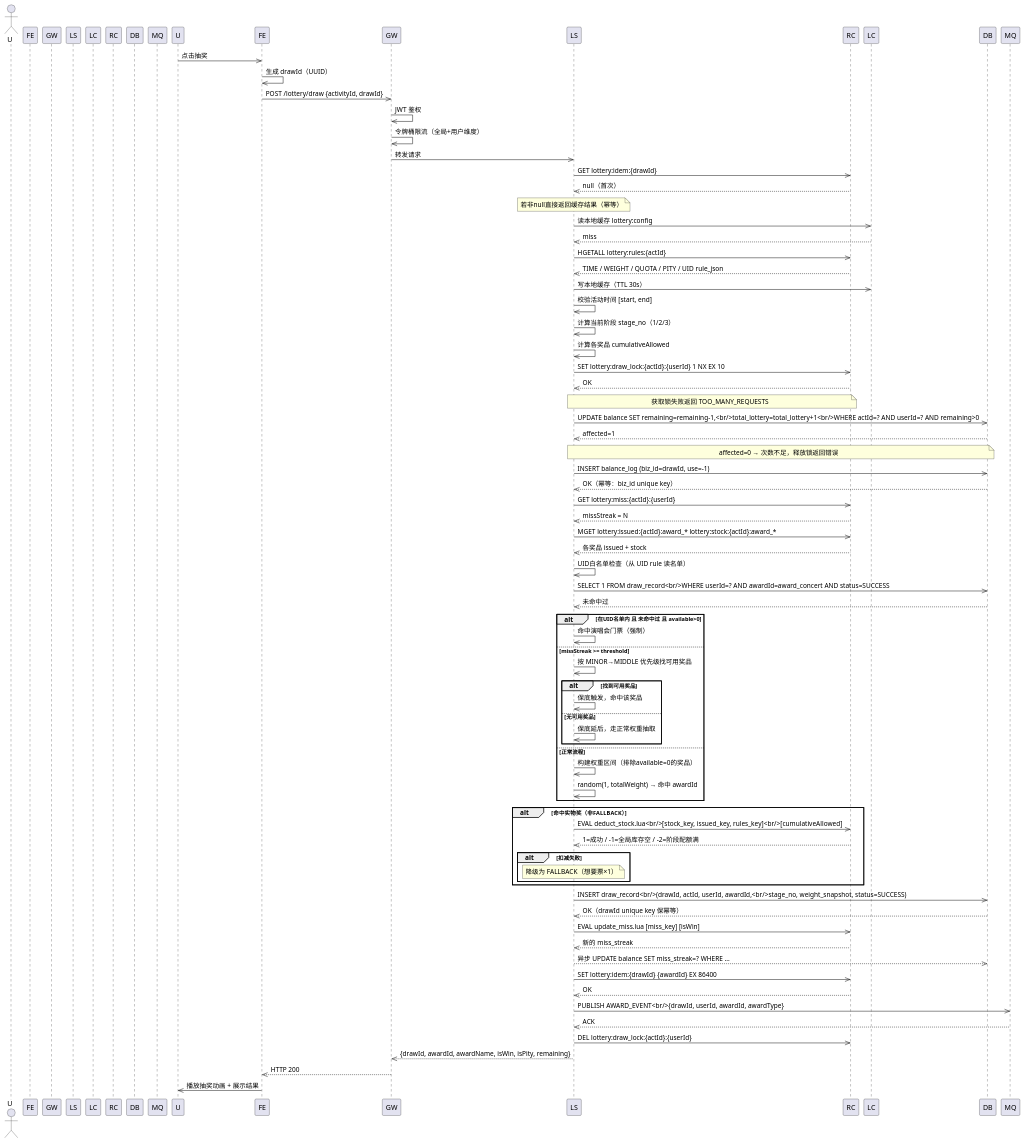
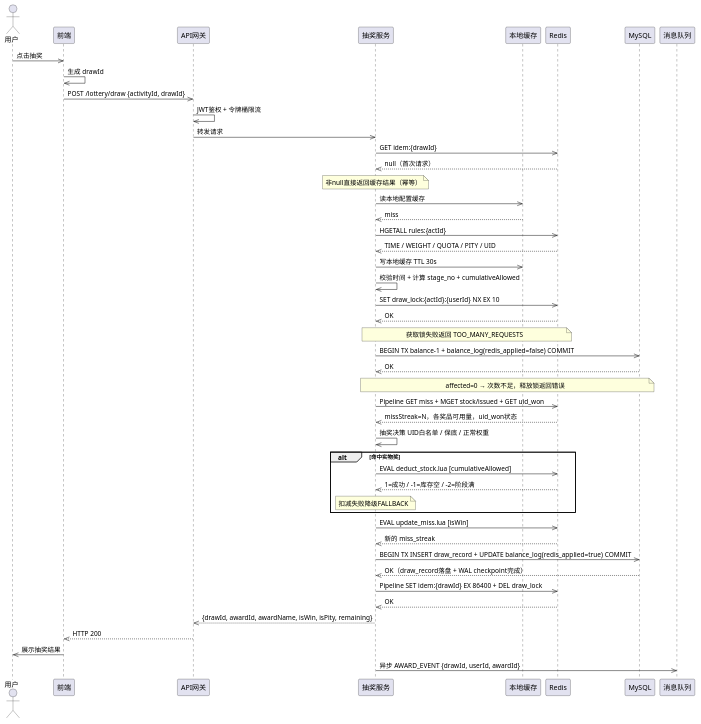
One commit to HanyuKing/learn-jdk changed the diagram in src/main/java/uml/claude_code/lottery/draw.puml. Above: the diagram before and after it, drawn with PlantUML. The commit also changed 1 other file, not shown here.

Commit message:
table schema

```diff
--- a/src/main/java/uml/claude_code/lottery/draw.puml
+++ b/src/main/java/uml/claude_code/lottery/draw.puml
@@ -1,112 +1,61 @@
 @startuml
-    actor U as 用户
-    participant FE as 前端
-    participant GW as API网关
-    participant LS as 抽奖服务
-    participant LC as 本地缓存
-    participant RC as Redis
-    participant DB as MySQL
-    participant MQ as 消息队列
+actor U as "用户"
+    participant FE as "前端"
+    participant GW as "API网关"
+    participant LS as "抽奖服务"
+    participant LC as "本地缓存"
+    participant RC as "Redis"
+    participant DB as "MySQL"
+    participant MQ as "消息队列"
 
     U->>FE: 点击抽奖
-    FE->>FE: 生成 drawId（UUID）
+    FE->>FE: 生成 drawId
     FE->>GW: POST /lottery/draw {activityId, drawId}
-
-    GW->>GW: JWT 鉴权
-    GW->>GW: 令牌桶限流（全局+用户维度）
+    GW->>GW: JWT鉴权 + 令牌桶限流
     GW->>LS: 转发请求
 
+    LS->>RC: GET idem:{drawId}
+    RC-->>LS: null（首次请求）
+    Note over LS: 非null直接返回缓存结果（幂等）
 
-    LS->>RC: GET lottery:idem:{drawId}
-    RC-->>LS: null（首次）
-    Note over LS: 若非null直接返回缓存结果（幂等）
+    LS->>LC: 读本地配置缓存
+    LC-->>LS: miss
+    LS->>RC: HGETALL rules:{actId}
+    RC-->>LS: TIME / WEIGHT / QUOTA / PITY / UID
+    LS->>LC: 写本地缓存 TTL 30s
+    LS->>LS: 校验时间 + 计算 stage_no + cumulativeAllowed
 
-
-    LS->>LC: 读本地缓存 lottery:config
-    LC-->>LS: miss
-    LS->>RC: HGETALL lottery:rules:{actId}
-    RC-->>LS: TIME / WEIGHT / QUOTA / PITY / UID rule_json
-    LS->>LC: 写本地缓存（TTL 30s）
-
-
-    LS->>LS: 校验活动时间 [start, end]
-    LS->>LS: 计算当前阶段 stage_no（1/2/3）
-    LS->>LS: 计算各奖品 cumulativeAllowed
-
-
-    LS->>RC: SET lottery:draw_lock:{actId}:{userId} 1 NX EX 10
+    LS->>RC: SET draw_lock:{actId}:{userId} NX EX 10
     RC-->>LS: OK
     Note over LS,RC: 获取锁失败返回 TOO_MANY_REQUESTS
 
-
-    LS->>DB: UPDATE balance SET remaining=remaining-1,<br/>total_lottery=total_lottery+1<br/>WHERE actId=? AND userId=? AND remaining>0
-    DB-->>LS: affected=1
+    LS->>DB: BEGIN TX balance-1 + balance_log(redis_applied=false) COMMIT
+    DB-->>LS: OK
     Note over LS,DB: affected=0 → 次数不足，释放锁返回错误
 
-    LS->>DB: INSERT balance_log (biz_id=drawId, use=-1)
-    DB-->>LS: OK（幂等：biz_id unique key）
+    LS->>RC: Pipeline GET miss + MGET stock/issued + GET uid_won
+    RC-->>LS: missStreak=N，各奖品可用量，uid_won状态
 
+    LS->>LS: 抽奖决策 UID白名单 / 保底 / 正常权重
 
-    LS->>RC: GET lottery:miss:{actId}:{userId}
-    RC-->>LS: missStreak = N
-
-
-    LS->>RC: MGET lottery:issued:{actId}:award_* lottery:stock:{actId}:award_*
-    RC-->>LS: 各奖品 issued + stock
-
-
-    LS->>LS: UID白名单检查（从 UID rule 读名单）
-    LS->>DB: SELECT 1 FROM draw_record<br/>WHERE userId=? AND awardId=award_concert AND status=SUCCESS
-    DB-->>LS: 未命中过
-
-    alt 在UID名单内 且 未命中过 且 available>0
-        LS->>LS: 命中演唱会门票（强制）
-    else missStreak >= threshold
-        LS->>LS: 按 MINOR→MIDDLE 优先级找可用奖品
-        alt 找到可用奖品
-            LS->>LS: 保底触发，命中该奖品
-        else 无可用奖品
-            LS->>LS: 保底延后，走正常权重抽取
-        end
-    else 正常流程
-        LS->>LS: 构建权重区间（排除available=0的奖品）
-        LS->>LS: random(1, totalWeight) → 命中 awardId
+    alt 命中实物奖
+        LS->>RC: EVAL deduct_stock.lua [cumulativeAllowed]
+        RC-->>LS: 1=成功 / -1=库存空 / -2=阶段满
+        Note over LS: 扣减失败降级FALLBACK
     end
 
-
-    alt 命中实物奖（非FALLBACK）
-        LS->>RC: EVAL deduct_stock.lua<br/>[stock_key, issued_key, rules_key]<br/>[cumulativeAllowed]
-        RC-->>LS: 1=成功 / -1=全局库存空 / -2=阶段配额满
-
-        alt 扣减失败
-            Note over LS: 降级为 FALLBACK（想要票×1）
-        end
-    end
-
-
-    LS->>DB: INSERT draw_record<br/>(drawId, actId, userId, awardId,<br/>stage_no, weight_snapshot, status=SUCCESS)
-    DB-->>LS: OK（drawId unique key 保幂等）
-
-
-    LS->>RC: EVAL update_miss.lua [miss_key] [isWin]
+    LS->>RC: EVAL update_miss.lua [isWin]
     RC-->>LS: 新的 miss_streak
 
+    LS->>DB: BEGIN TX INSERT draw_record + UPDATE balance_log(redis_applied=true) COMMIT
+    DB-->>LS: OK（draw_record落盘 + WAL checkpoint完成）
 
-    LS-->>DB: 异步 UPDATE balance SET miss_streak=? WHERE ...
-
-
-    LS->>RC: SET lottery:idem:{drawId} {awardId} EX 86400
+    LS->>RC: Pipeline SET idem:{drawId} EX 86400 + DEL draw_lock
     RC-->>LS: OK
-
-
-    LS->>MQ: PUBLISH AWARD_EVENT<br/>{drawId, userId, awardId, awardType}
-    MQ-->>LS: ACK
-
-
-    LS->>RC: DEL lottery:draw_lock:{actId}:{userId}
 
     LS-->>GW: {drawId, awardId, awardName, isWin, isPity, remaining}
     GW-->>FE: HTTP 200
-    FE->>U: 播放抽奖动画 + 展示结果
+    FE->>U: 展示抽奖结果
 
- @enduml
+    LS->>MQ: 异步 AWARD_EVENT {drawId, userId, awardId}
+@enduml
```
